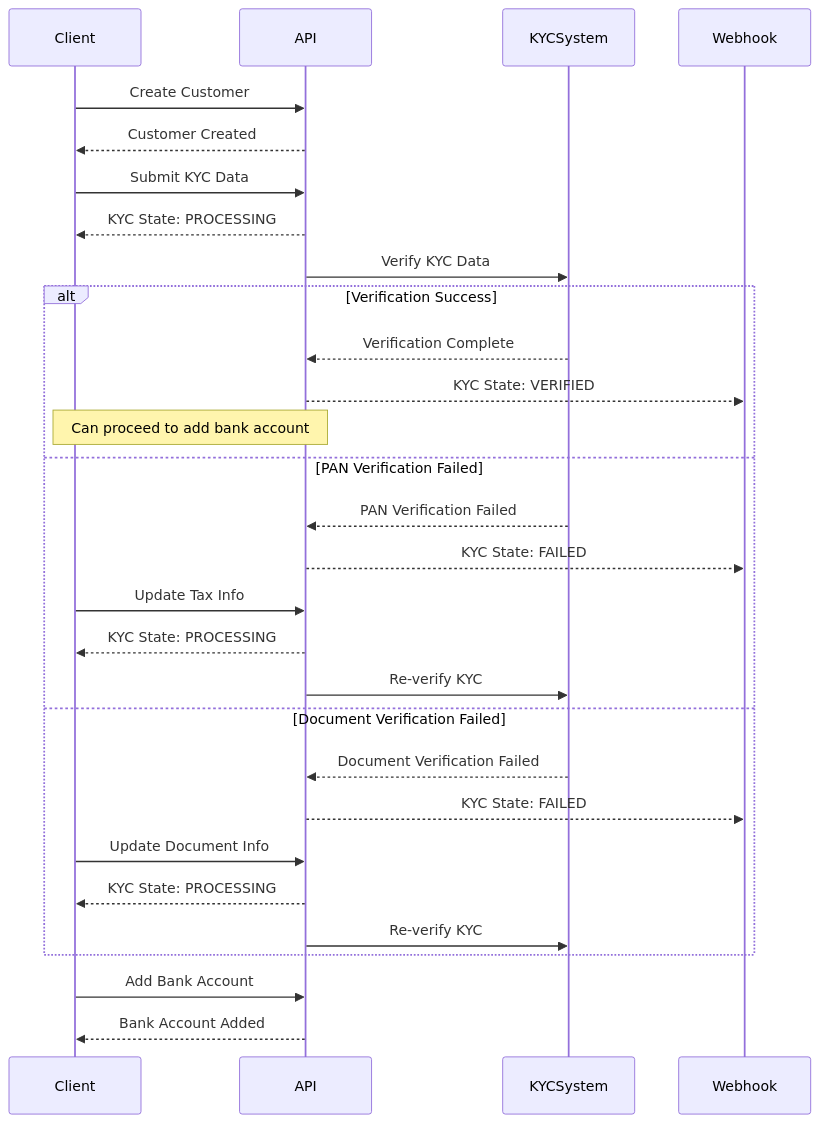
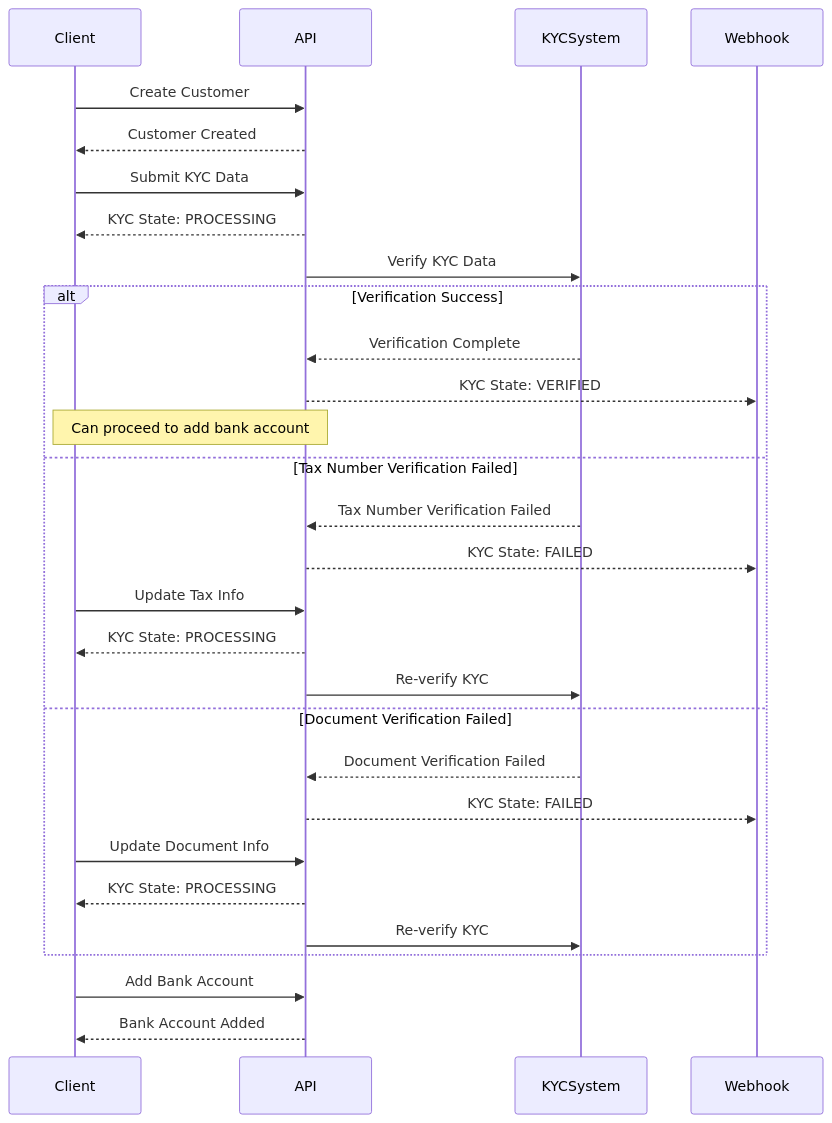
Before and after one commit to DollarPe-Infra/docs: the second of 2 diagrams in guides/kyc.mdx, drawn with Mermaid. The commit also changed other lines of this file, not shown here.

Commit message:
fix: tax number instead of PAN

````diff
--- a/guides/kyc.mdx
+++ b/guides/kyc.mdx
@@ -71,40 +71,40 @@
 ```mermaid
 sequenceDiagram
     participant Client
     participant API
     participant KYCSystem
     participant Webhook
 
     %% Create Customer
     Client->>API: Create Customer
     API-->>Client: Customer Created
 
     %% Add KYC Data
     Client->>API: Submit KYC Data
     API-->>Client: KYC State: PROCESSING
     
     %% Verification Process
     API->>KYCSystem: Verify KYC Data
     
     alt Verification Success
         KYCSystem-->>API: Verification Complete
         API-->>Webhook: KYC State: VERIFIED
         Note over Client,API: Can proceed to add bank account
-    else PAN Verification Failed
-        KYCSystem-->>API: PAN Verification Failed
+    else Tax Number Verification Failed
+        KYCSystem-->>API: Tax Number Verification Failed
         API-->>Webhook: KYC State: FAILED
         Client->>API: Update Tax Info
         API-->>Client: KYC State: PROCESSING
         API->>KYCSystem: Re-verify KYC
     else Document Verification Failed
         KYCSystem-->>API: Document Verification Failed
         API-->>Webhook: KYC State: FAILED
         Client->>API: Update Document Info
         API-->>Client: KYC State: PROCESSING
         API->>KYCSystem: Re-verify KYC
     end
 
     %% Final Success
     Client->>API: Add Bank Account
     API-->>Client: Bank Account Added
 ```
````
